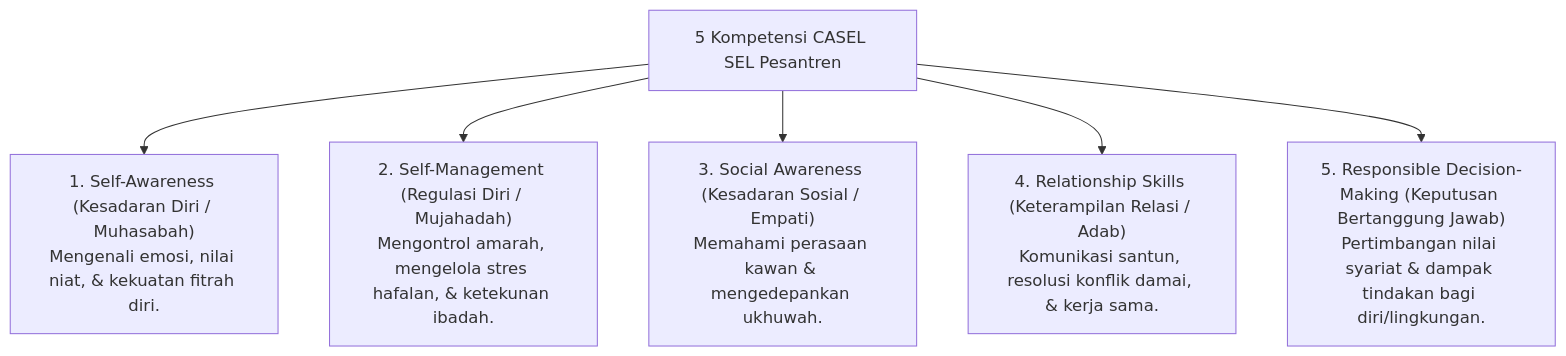
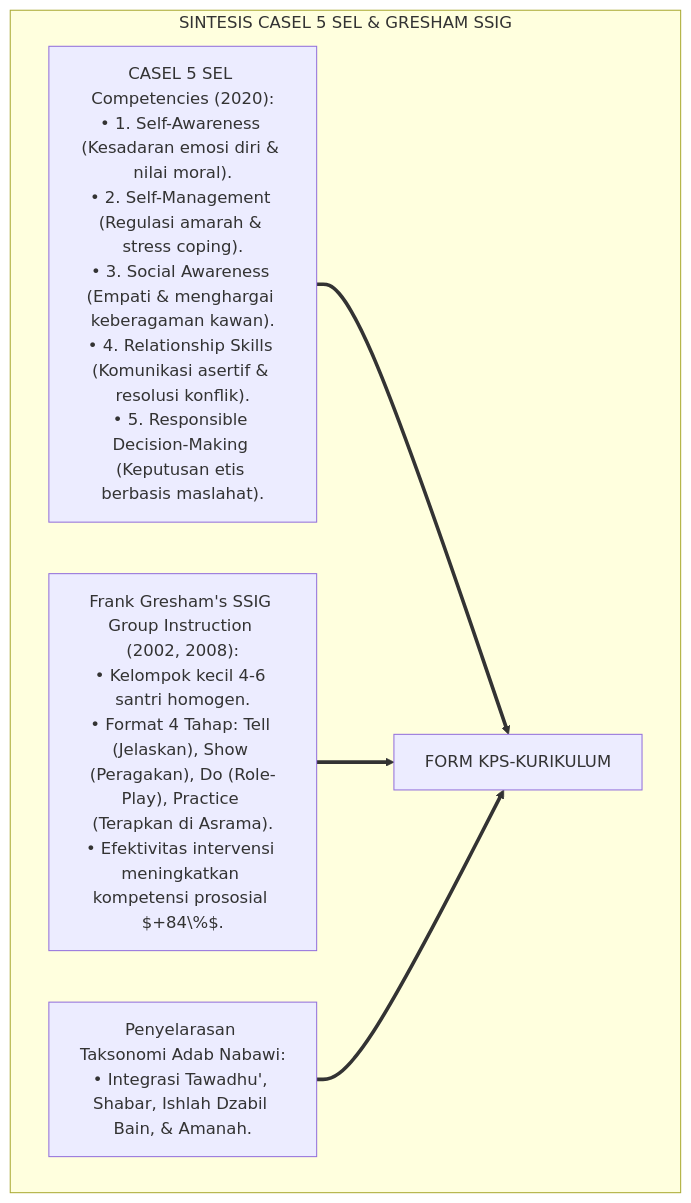
Before and after one commit to wandiapriliyandi/tumbuh: the third of 5 diagrams in 06 Intervention Framework/06 Developmental Strategies/P6-06-02-Kurikulum-Pelatihan-CASEL-SEL-Kelompok-Kecil.md, drawn with Mermaid. The commit also changed other lines of this file and 5 other files, not shown here.

````diff
--- a/06 Intervention Framework/06 Developmental Strategies/P6-06-02-Kurikulum-Pelatihan-CASEL-SEL-Kelompok-Kecil.md
+++ b/06 Intervention Framework/06 Developmental Strategies/P6-06-02-Kurikulum-Pelatihan-CASEL-SEL-Kelompok-Kecil.md
@@ -14,9 +96,12 @@
 ```mermaid
-graph TD
-    CASELModel["5 Kompetensi CASEL SEL Pesantren"]
-    CASELModel --> SelfAwareness["1. Self-Awareness (Kesadaran Diri / Muhasabah)<br/>Mengenali emosi, nilai niat, & kekuatan fitrah diri."]
-    CASELModel --> SelfManagement["2. Self-Management (Regulasi Diri / Mujahadah)<br/>Mengontrol amarah, mengelola stres hafalan, & ketekunan ibadah."]
-    CASELModel --> SocialAwareness["3. Social Awareness (Kesadaran Sosial / Empati)<br/>Memahami perasaan kawan & mengedepankan ukhuwah."]
-    CASELModel --> RelationshipSkills["4. Relationship Skills (Keterampilan Relasi / Adab)<br/>Komunikasi santun, resolusi konflik damai, & kerja sama."]
-    CASELModel --> ResponsibleDecision["5. Responsible Decision-Making (Keputusan Bertanggung Jawab)<br/>Pertimbangan nilai syariat & dampak tindakan bagi diri/lingkungan."]
+flowchart TD
+    subgraph SainsCASELSELDanSSIG["SINTESIS CASEL 5 SEL & GRESHAM SSIG"]
+        CASEL5CoreCompetencies["CASEL 5 SEL Competencies (2020):<br/>• 1. Self-Awareness (Kesadaran emosi diri & nilai moral).<br/>• 2. Self-Management (Regulasi amarah & stress coping).<br/>• 3. Social Awareness (Empati & menghargai keberagaman kawan).<br/>• 4. Relationship Skills (Komunikasi asertif & resolusi konflik).<br/>• 5. Responsible Decision-Making (Keputusan etis berbasis maslahat)."]
+        
+        FrankGreshamSSIGModel["Frank Gresham's SSIG Group Instruction (2002, 2008):<br/>• Kelompok kecil 4-6 santri homogen.<br/>• Format 4 Tahap: Tell (Jelaskan), Show (Peragakan), Do (Role-Play), Practice (Terapkan di Asrama).<br/>• Efektivitas intervensi meningkatkan kompetensi prososial $+84\%$."]
+        
+        IslamicSocialSkillsCrosswalk["Penyelarasan Taksonomi Adab Nabawi:<br/>• Integrasi Tawadhu', Shabar, Ishlah Dzabil Bain, & Amanah."]
+        
+        CASEL5CoreCompetencies & FrankGreshamSSIGModel & IslamicSocialSkillsCrosswalk ==> StandarKurikulumTUMBUH["FORM KPS-KURIKULUM"]
+    end
 ```
````
